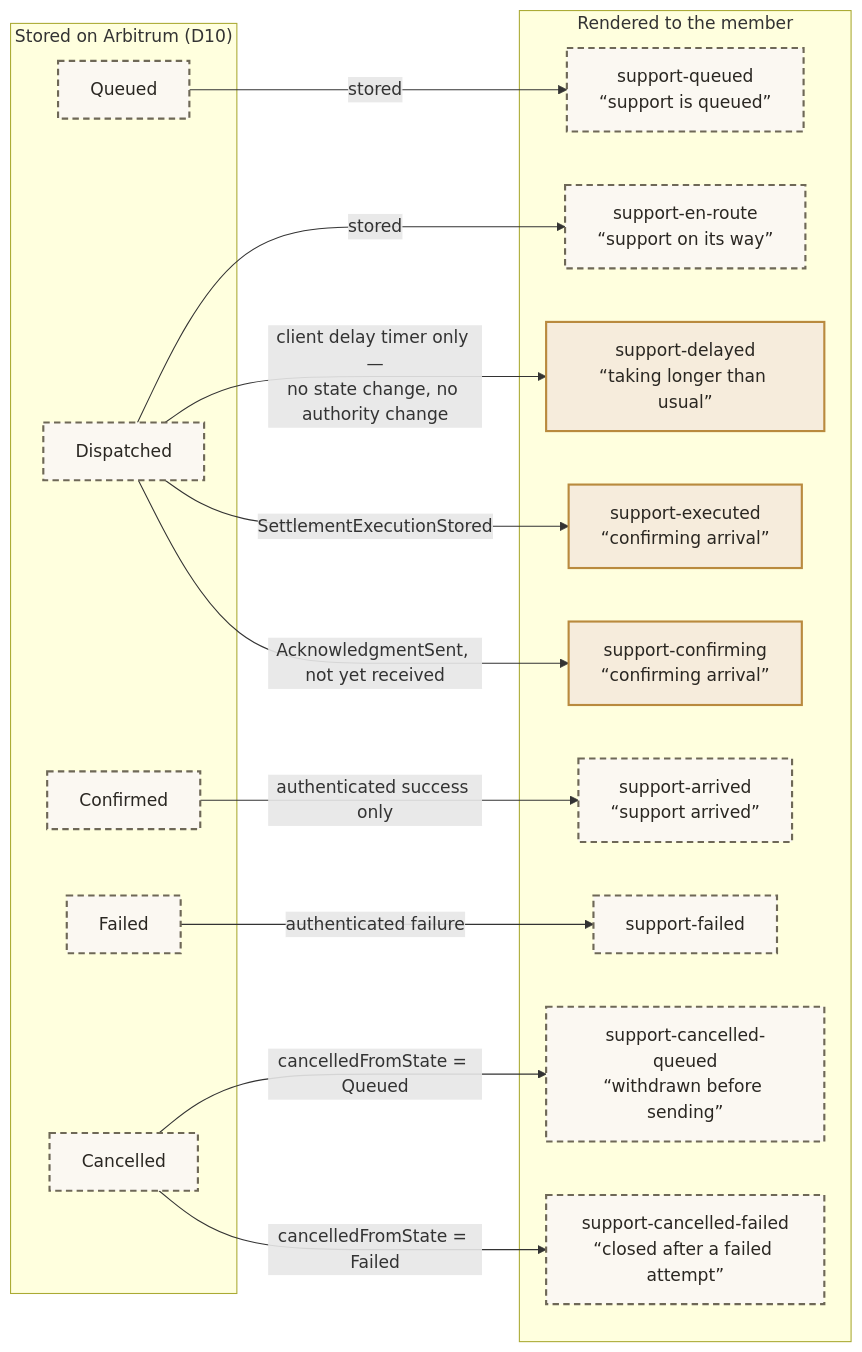
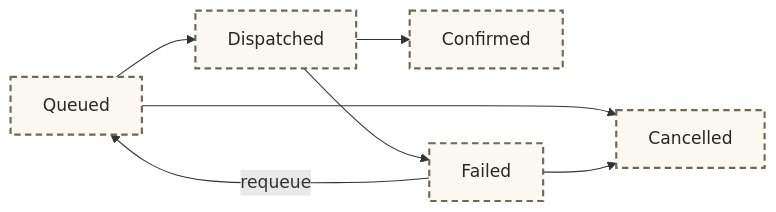
Diagram 25 of 33 in .plans/active/commitment-pooling/diagrams.md (greenpill-dev-guild/green-goods), drawn with Mermaid before and after one commit. The commit also changed other lines of this file and 20 other files, not shown here.

````diff
--- a/.plans/active/commitment-pooling/diagrams.md
+++ b/.plans/active/commitment-pooling/diagrams.md
@@ -1388,37 +1442,12 @@
 ```mermaid
 flowchart LR
-  subgraph ON["Stored on Arbitrum (D10)"]
-    Q["Queued"]
-    D["Dispatched"]
-    C["Confirmed"]
-    F["Failed"]
-    X["Cancelled"]
-  end
-
-  subgraph UI["Rendered to the member"]
-    S1["support-queued<br/>“support is queued”"]
-    S2["support-en-route<br/>“support on its way”"]
-    S3["support-delayed<br/>“taking longer than usual”"]
-    S4["support-executed<br/>“confirming arrival”"]
-    S5["support-confirming<br/>“confirming arrival”"]
-    S6["support-arrived<br/>“support arrived”"]
-    S7["support-failed"]
-    S8["support-cancelled-queued<br/>“withdrawn before sending”"]
-    S9["support-cancelled-failed<br/>“closed after a failed attempt”"]
-  end
-
-  Q -->|"stored"| S1
-  D -->|"stored"| S2
-  D -->|"client delay timer only —<br/>no state change, no authority change"| S3
-  D -->|"SettlementExecutionStored"| S4
-  D -->|"AcknowledgmentSent, not yet received"| S5
-  C -->|"authenticated success only"| S6
-  F -->|"authenticated failure"| S7
-  X -->|"cancelledFromState = Queued"| S8
-  X -->|"cancelledFromState = Failed"| S9
+  Q["Queued"] --> D["Dispatched"]
+  D --> C["Confirmed"]
+  D --> F["Failed"]
+  F -->|"requeue"| Q
+  Q --> X["Cancelled"]
+  F --> X
 
   classDef planned fill:#fbf8f2,stroke:#6e6857,stroke-width:2px,stroke-dasharray:6 4,color:#2a2722
-  classDef derived fill:#f6ecdc,stroke:#b98a3e,stroke-width:2px,color:#2a2722
-  class Q,D,C,F,X,S1,S2,S6,S7,S8,S9 planned
-  class S3,S4,S5 derived
+  class Q,D,C,F,X planned
 ```
````
